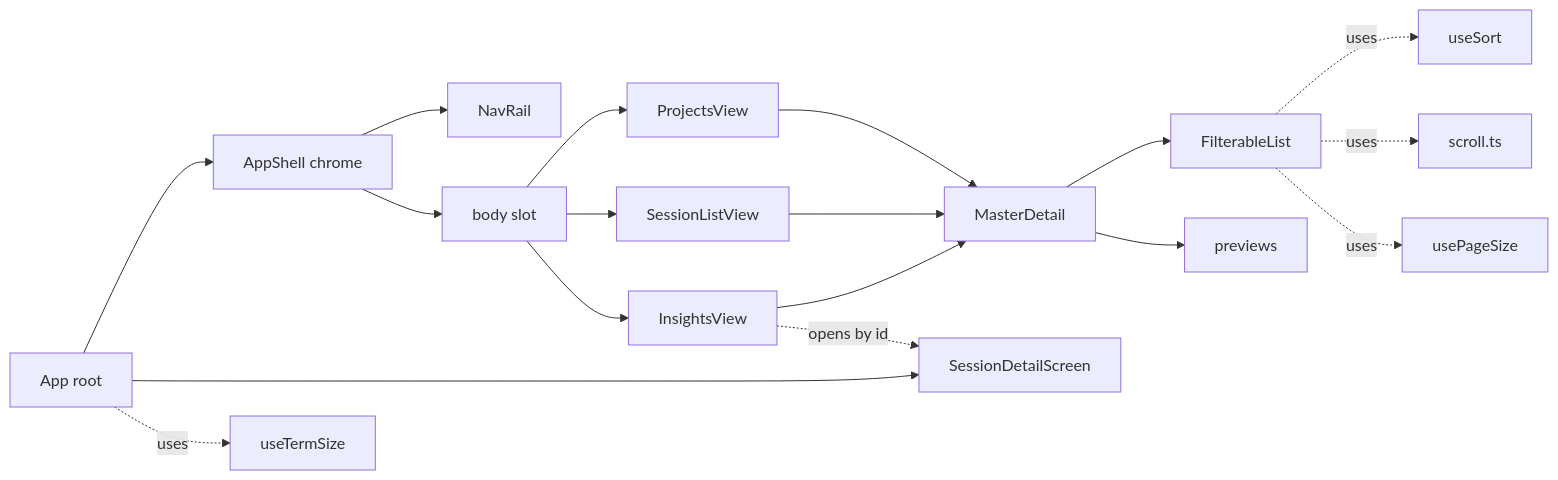
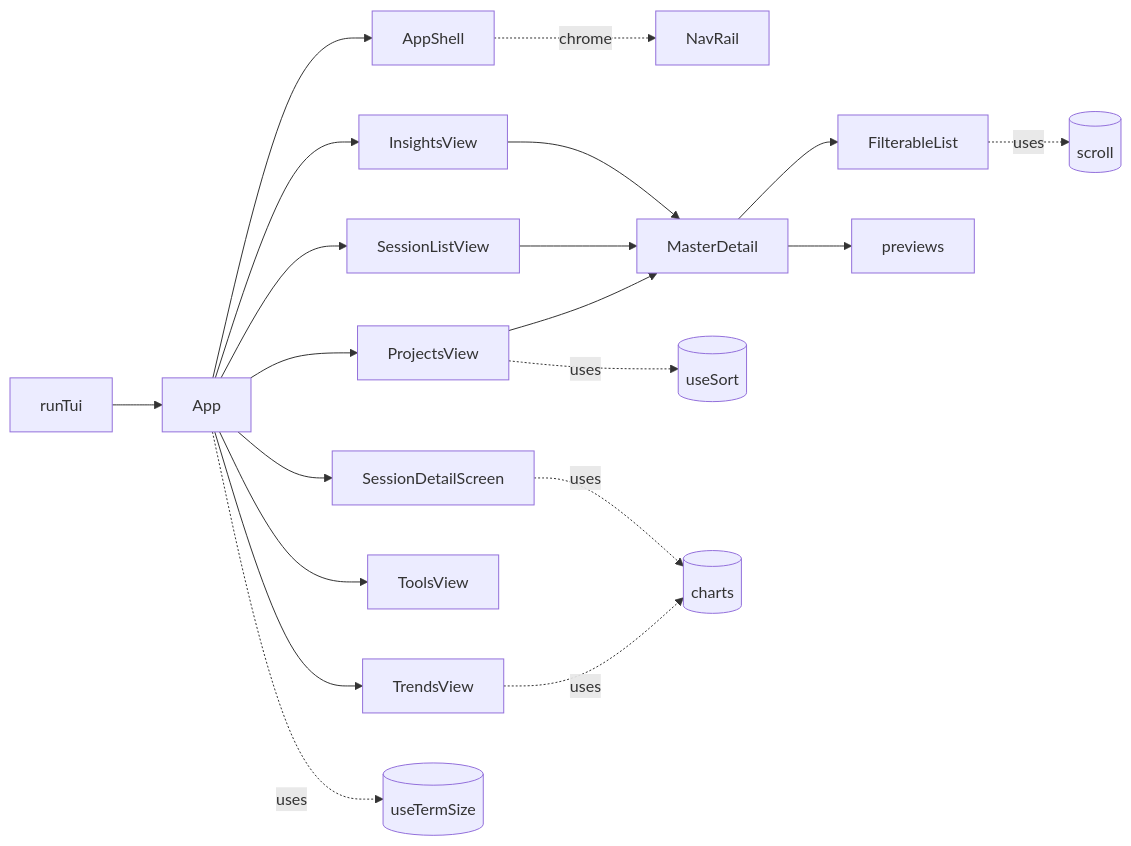
Before and after one commit to yorch/cc-analyzer: the first of 2 diagrams in wiki/4-tui.md, drawn with Mermaid. The commit also changed other lines of this file and 19 other files, not shown here.

First line of the commit message:
docs: refresh wiki to v0.6.0 + add Analytics & Insights page (#43)

````diff
--- a/wiki/4-tui.md
+++ b/wiki/4-tui.md
@@ -33,22 +39,24 @@
 ```mermaid
 flowchart LR
-    App[App root] --> Shell[AppShell chrome]
-    Shell --> Rail[NavRail]
-    Shell --> Body[body slot]
-    Body --> Projects[ProjectsView]
-    Body --> Sessions[SessionListView]
-    Body --> Insights[InsightsView]
-    App --> Detail[SessionDetailScreen]
+    runTui[runTui] --> App
+    App --> AppShell
+    AppShell -.chrome.-> NavRail[NavRail]
+    App --> ProjectsView
+    App --> SessionListView
+    App --> InsightsView
+    App --> TrendsView
+    App --> ToolsView
+    App --> SessionDetailScreen
 
-    Projects --> MD[MasterDetail]
-    Sessions --> MD
-    Insights --> MD
-    MD --> List[FilterableList]
-    MD --> Preview[previews]
+    ProjectsView --> MasterDetail
+    SessionListView --> MasterDetail
+    InsightsView --> MasterDetail
+    MasterDetail --> FilterableList
+    MasterDetail --> previews[previews]
 
-    Insights -.opens by id.-> Detail
-    List -.uses.-> Sort[useSort]
-    List -.uses.-> Scroll[scroll.ts]
-    App -.uses.-> Term[useTermSize]
-    List -.uses.-> Page[usePageSize]
+    FilterableList -.uses.-> scroll[(scroll)]
+    ProjectsView -.uses.-> useSort[(useSort)]
+    TrendsView -.uses.-> charts[(charts)]
+    SessionDetailScreen -.uses.-> charts
+    App -.uses.-> useTermSize[(useTermSize)]
 ```
````
